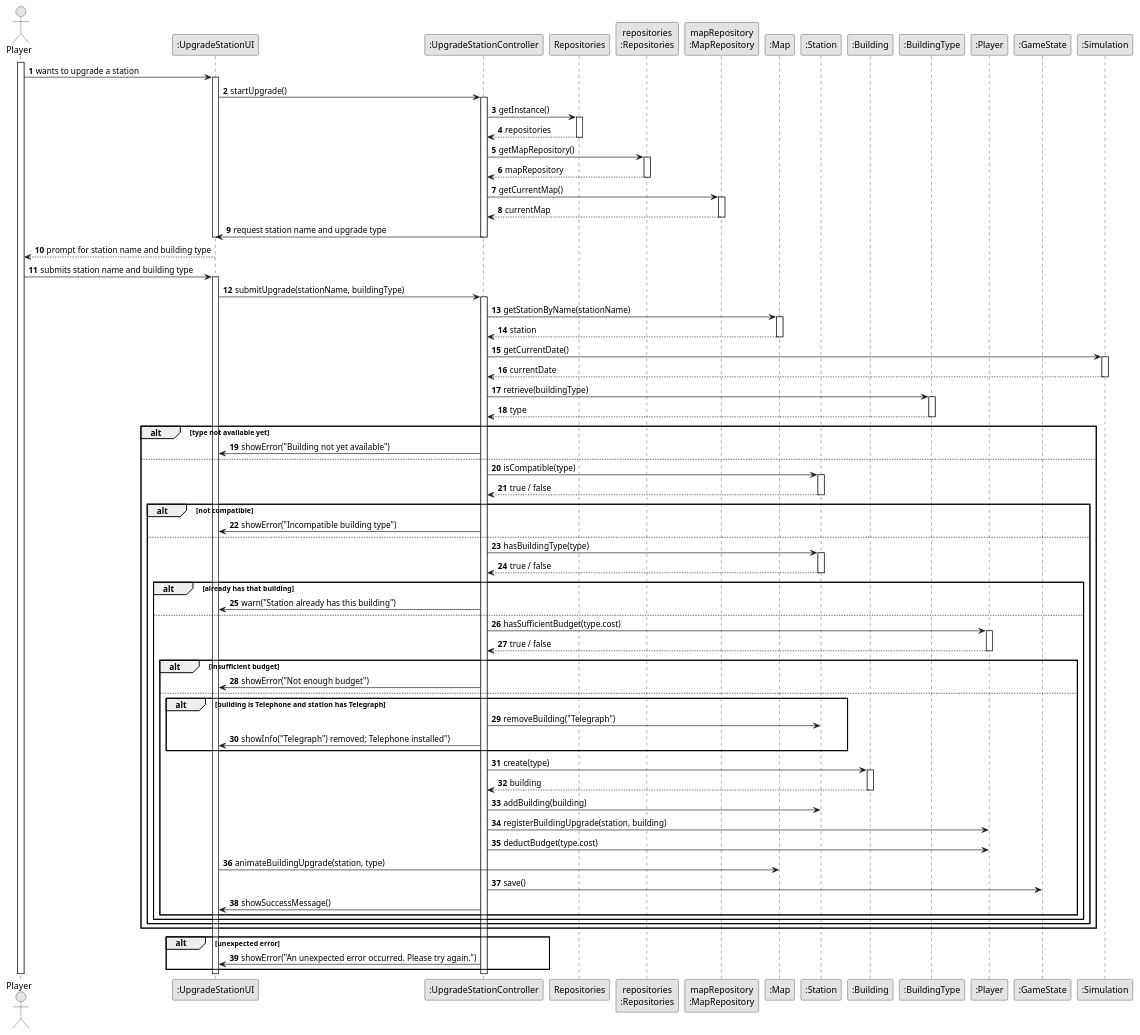
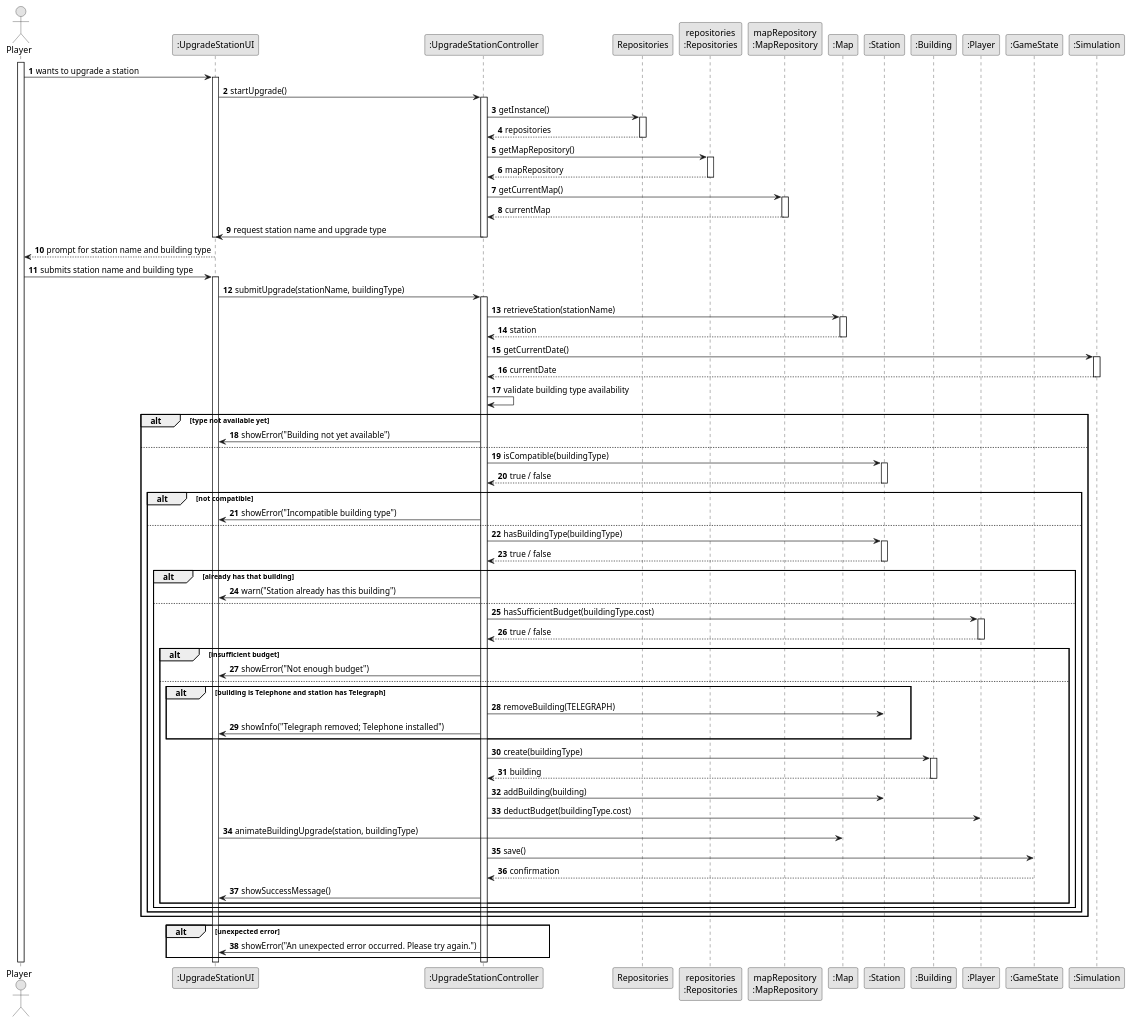
The diagram in docs/system-documentation/US006/03.design/puml/US006-SD-full.puml (1240826/empire-on-tracks), drawn with PlantUML before and after one commit. The commit also changed 18 other files, not shown here.

```diff
--- a/docs/system-documentation/US006/03.design/puml/US006-SD-full.puml
+++ b/docs/system-documentation/US006/03.design/puml/US006-SD-full.puml
@@ -1,130 +1,126 @@
 @startuml
 skinparam monochrome true
 skinparam packageStyle rectangle
 skinparam shadowing false
 
 autonumber
 
 actor "Player" as Player
 participant ":UpgradeStationUI" as UI
 participant ":UpgradeStationController" as Controller
 participant "Repositories" as REPOS
 participant "repositories\n:Repositories" as REPOS_SINGLETON
 participant "mapRepository\n:MapRepository" as MAP_REPO
 participant ":Map" as Map
 participant ":Station" as Station
 participant ":Building" as Building
-participant ":BuildingType" as BuildingType
 participant ":Player" as PlayerObj
 participant ":GameState" as GameState
 participant ":Simulation" as Simulation
 
 activate Player
 
 Player -> UI : wants to upgrade a station
 activate UI
 
     UI -> Controller : startUpgrade()
     activate Controller
 
         Controller -> REPOS : getInstance()
         activate REPOS
             REPOS --> Controller : repositories
         deactivate REPOS
 
         Controller -> REPOS_SINGLETON : getMapRepository()
         activate REPOS_SINGLETON
             REPOS_SINGLETON --> Controller : mapRepository
         deactivate REPOS_SINGLETON
 
         Controller -> MAP_REPO : getCurrentMap()
         activate MAP_REPO
             MAP_REPO --> Controller : currentMap
         deactivate MAP_REPO
 
         Controller -> UI : request station name and upgrade type
     deactivate Controller
 deactivate UI
 
 UI --> Player : prompt for station name and building type
 Player -> UI : submits station name and building type
 activate UI
 
     UI -> Controller : submitUpgrade(stationName, buildingType)
     activate Controller
 
-        Controller -> Map : getStationByName(stationName)
+        Controller -> Map : retrieveStation(stationName)
         activate Map
             Map --> Controller : station
         deactivate Map
 
         Controller -> Simulation : getCurrentDate()
         activate Simulation
             Simulation --> Controller : currentDate
         deactivate Simulation
 
-        Controller -> BuildingType : retrieve(buildingType)
-        activate BuildingType
-            BuildingType --> Controller : type
-        deactivate BuildingType
+        Controller -> Controller : validate building type availability
 
         alt type not available yet
             Controller -> UI : showError("Building not yet available")
         else
-            Controller -> Station : isCompatible(type)
+            Controller -> Station : isCompatible(buildingType)
             activate Station
                 Station --> Controller : true / false
             deactivate Station
 
             alt not compatible
                 Controller -> UI : showError("Incompatible building type")
             else
-                Controller -> Station : hasBuildingType(type)
+                Controller -> Station : hasBuildingType(buildingType)
                 activate Station
                     Station --> Controller : true / false
                 deactivate Station
 
                 alt already has that building
                     Controller -> UI : warn("Station already has this building")
                 else
-                    Controller -> PlayerObj : hasSufficientBudget(type.cost)
+                    Controller -> PlayerObj : hasSufficientBudget(buildingType.cost)
                     activate PlayerObj
                         PlayerObj --> Controller : true / false
                     deactivate PlayerObj
 
                     alt insufficient budget
                         Controller -> UI : showError("Not enough budget")
                     else
                         alt building is Telephone and station has Telegraph
-                            Controller -> Station : removeBuilding("Telegraph")
-                            Controller -> UI : showInfo("Telegraph") removed; Telephone installed")
+                            Controller -> Station : removeBuilding(TELEGRAPH)
+                            Controller -> UI : showInfo("Telegraph removed; Telephone installed")
                         end
 
-                        Controller -> Building : create(type)
+                        Controller -> Building : create(buildingType)
                         activate Building
                             Building --> Controller : building
                         deactivate Building
 
                         Controller -> Station : addBuilding(building)
-                        Controller -> PlayerObj : registerBuildingUpgrade(station, building)
-                        Controller -> PlayerObj : deductBudget(type.cost)
+                        Controller -> PlayerObj : deductBudget(buildingType.cost)
 
-                        UI -> Map : animateBuildingUpgrade(station, type)
+                        UI -> Map : animateBuildingUpgrade(station, buildingType)
 
                         Controller -> GameState : save()
+                        GameState --> Controller : confirmation
 
                         Controller -> UI : showSuccessMessage()
                     end
                 end
             end
         end
 
         alt unexpected error
             Controller -> UI : showError("An unexpected error occurred. Please try again.")
         end
 
     deactivate Controller
 deactivate UI
 
 deactivate Player
 @enduml
```
